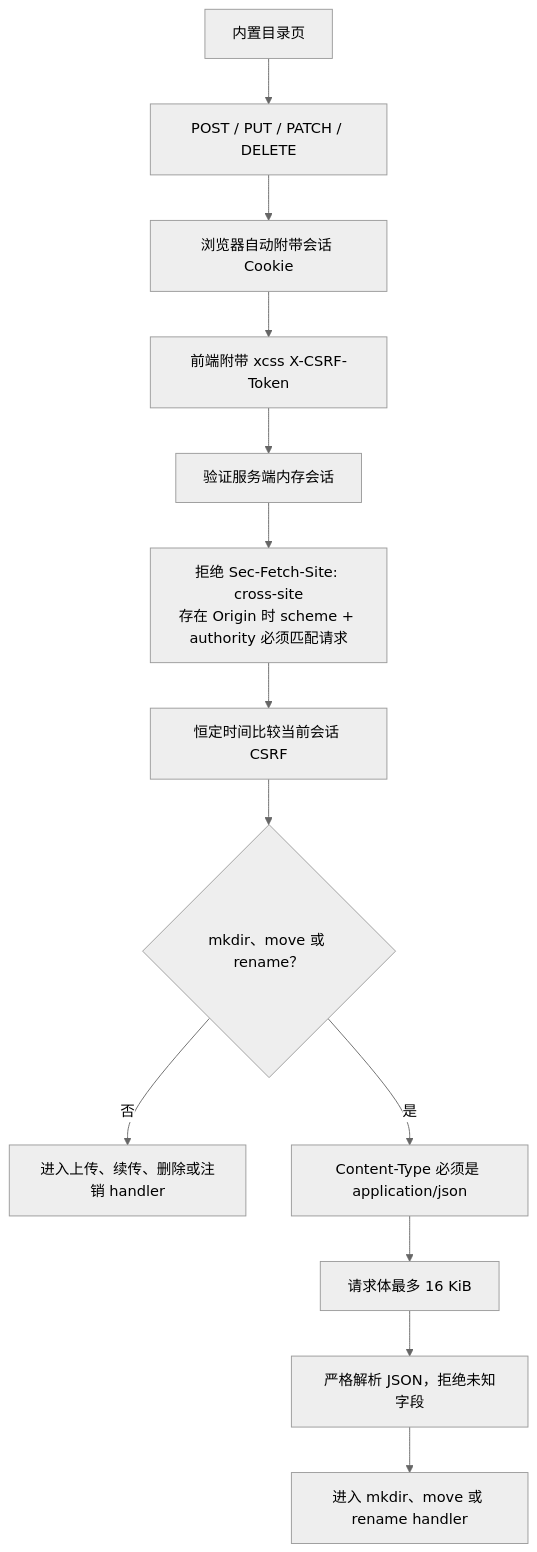
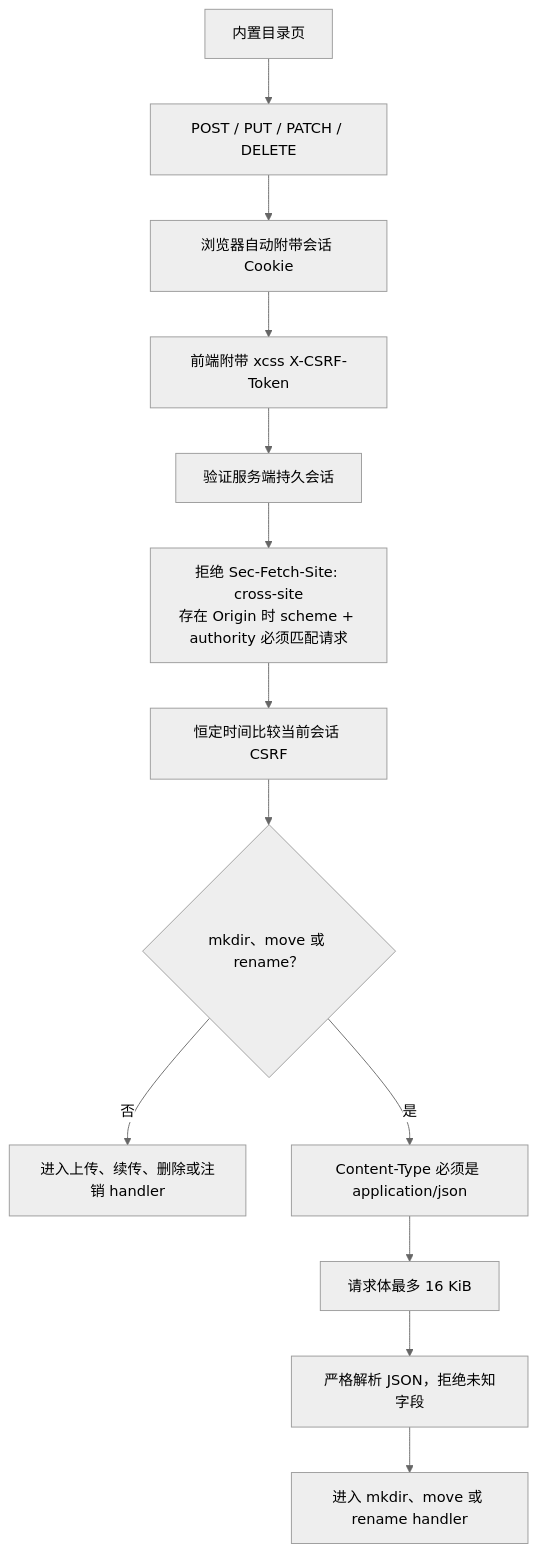
Before and after one commit to isarmg/xczs: the seventh of 17 diagrams in docs/project-workflow.md, drawn with Mermaid (neutral theme). The commit also changed other lines of this file and 98 other files, not shown here.

````diff
--- a/docs/project-workflow.md
+++ b/docs/project-workflow.md
@@ -291,15 +290,15 @@
 ```mermaid
 flowchart TD
     UI["内置目录页"] --> WRITE["POST / PUT / PATCH / DELETE"]
     WRITE --> COOKIE["浏览器自动附带会话 Cookie"]
     COOKIE --> HEADER["前端附带 xcss X-CSRF-Token"]
-    HEADER --> SESSION["验证服务端内存会话"]
+    HEADER --> SESSION["验证服务端持久会话"]
     SESSION --> SOURCE["拒绝 Sec-Fetch-Site: cross-site<br/>存在 Origin 时 scheme + authority 必须匹配请求"]
     SOURCE --> VERIFY["恒定时间比较当前会话 CSRF"]
     VERIFY --> KIND{"mkdir、move 或 rename？"}
     KIND -- 否 --> WRITE_HANDLER["进入上传、续传、删除或注销 handler"]
     KIND -- 是 --> TYPE["Content-Type 必须是 application/json"]
     TYPE --> LIMIT["请求体最多 16 KiB"]
     LIMIT --> JSON["严格解析 JSON，拒绝未知字段"]
     JSON --> API_HANDLER["进入 mkdir、move 或 rename handler"]
 ```
````
